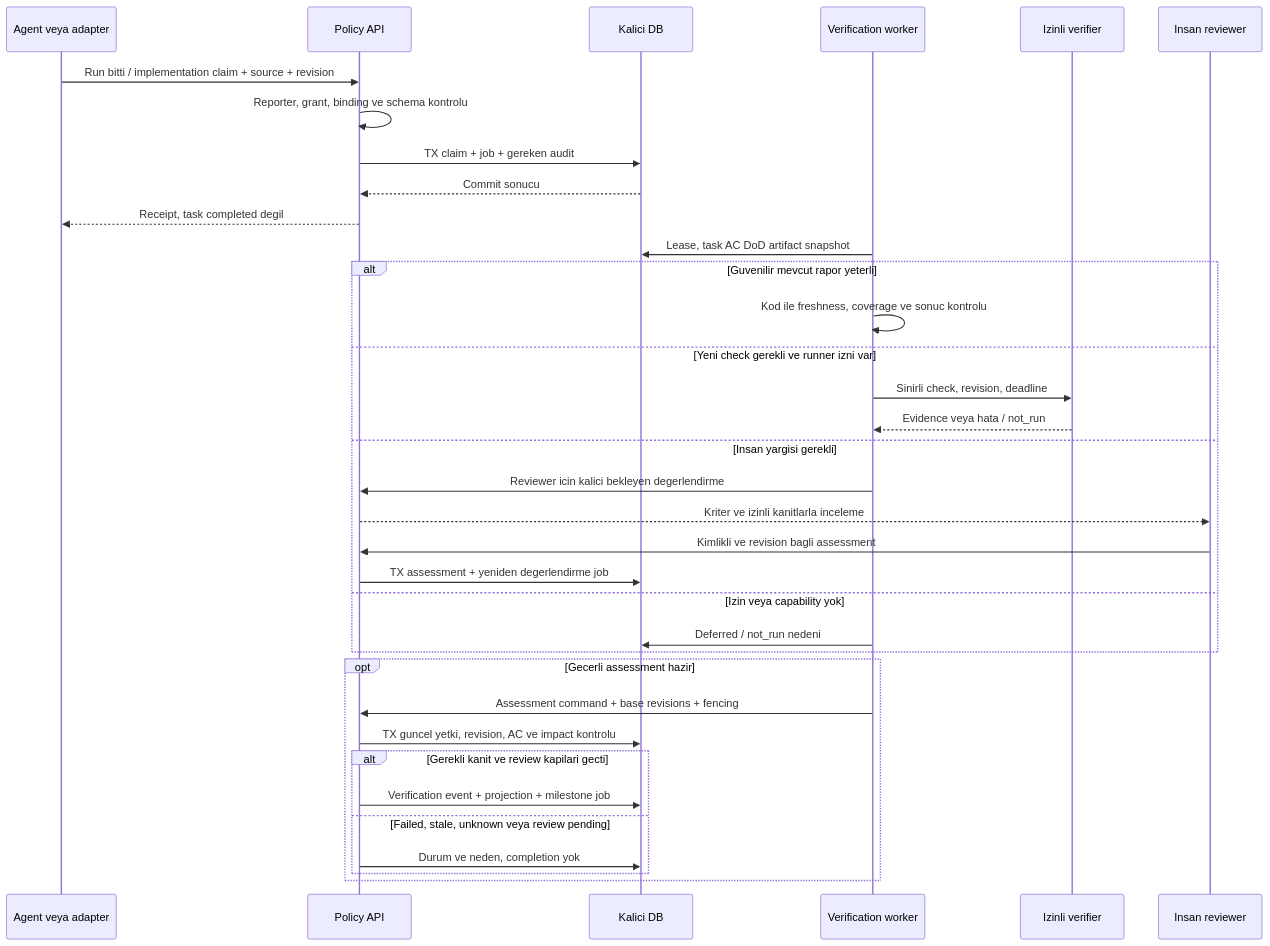
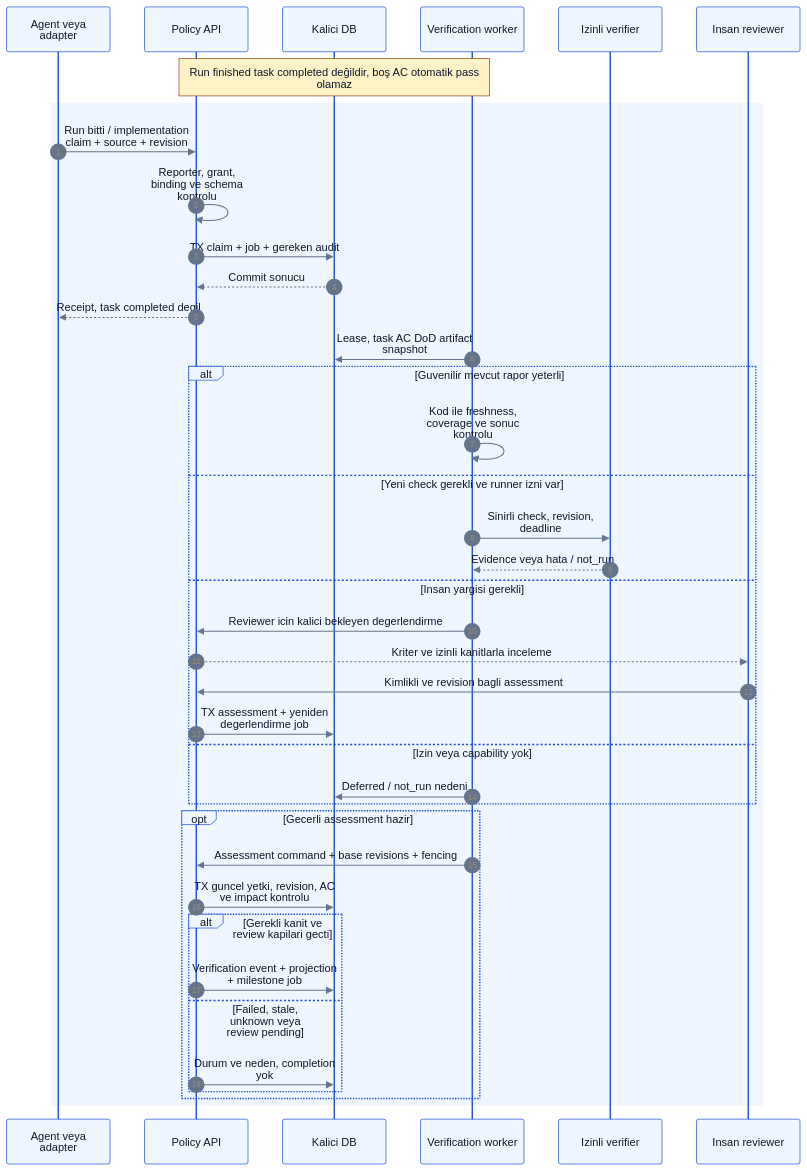
Before and after one commit to alphanAkbulut/decivora: the first of 3 diagrams in docs/architecture/execution-and-integrations.md, drawn with Mermaid. The commit also changed other lines of this file and 21 other files, not shown here.

Commit message:
Refresh all Mermaid diagrams, clarify decision states and document rendering evidence

````diff
--- a/docs/architecture/execution-and-integrations.md
+++ b/docs/architecture/execution-and-integrations.md
@@ -83,37 +86,44 @@
 ```mermaid
+%%{init: {"theme":"base","themeVariables":{"fontFamily":"Arial, sans-serif","fontSize":"14px","primaryColor":"#eff6ff","primaryTextColor":"#0f172a","primaryBorderColor":"#1d4ed8","lineColor":"#64748b","secondaryColor":"#ccfbf1","tertiaryColor":"#f1f5f9","background":"#ffffff","mainBkg":"#eff6ff","textColor":"#0f172a","clusterBkg":"#f8fafc","clusterBorder":"#94a3b8","edgeLabelBackground":"#ffffff","actorBkg":"#eff6ff","actorTextColor":"#0f172a","actorBorder":"#1d4ed8","signalColor":"#64748b","signalTextColor":"#0f172a","noteBkgColor":"#fef3c7","noteTextColor":"#0f172a","noteBorderColor":"#92400e"},"flowchart":{"htmlLabels":false,"curve":"linear"},"sequence":{"wrap":true},"themeCSS":"background-color:#ffffff;"}}%%
 sequenceDiagram
+    accTitle: Task sonucunun ayrı doğrulanması
+    accDescr: Önerilen tasarım veya açıkça belirtilen sentetik örnek. Renkler alan ve kontrol türünü gösterir; implemented veya passed kanıtı değildir. Yetki, revision ve coverage sınırları korunur.
+    autonumber
     participant A as Agent veya adapter
     participant P as Policy API
     participant D as Kalici DB
     participant W as Verification worker
     participant V as Izinli verifier
     participant H as Insan reviewer
+    Note over W,P: Run finished task completed değildir, boş AC otomatik pass olamaz
+    rect rgb(239, 246, 255)
     A->>P: Run bitti / implementation claim + source + revision
     P->>P: Reporter, grant, binding ve schema kontrolu
     P->>D: TX claim + job + gereken audit
     D-->>P: Commit sonucu
     P-->>A: Receipt, task completed degil
     W->>D: Lease, task AC DoD artifact snapshot
     alt Guvenilir mevcut rapor yeterli
         W->>W: Kod ile freshness, coverage ve sonuc kontrolu
     else Yeni check gerekli ve runner izni var
         W->>V: Sinirli check, revision, deadline
         V-->>W: Evidence veya hata / not_run
     else Insan yargisi gerekli
         W->>P: Reviewer icin kalici bekleyen degerlendirme
         P-->>H: Kriter ve izinli kanitlarla inceleme
         H->>P: Kimlikli ve revision bagli assessment
         P->>D: TX assessment + yeniden degerlendirme job
     else Izin veya capability yok
         W->>D: Deferred / not_run nedeni
     end
     opt Gecerli assessment hazir
         W->>P: Assessment command + base revisions + fencing
         P->>D: TX guncel yetki, revision, AC ve impact kontrolu
         alt Gerekli kanit ve review kapilari gecti
             P->>D: Verification event + projection + milestone job
         else Failed, stale, unknown veya review pending
             P->>D: Durum ve neden, completion yok
         end
     end
+    end
 ```
````
